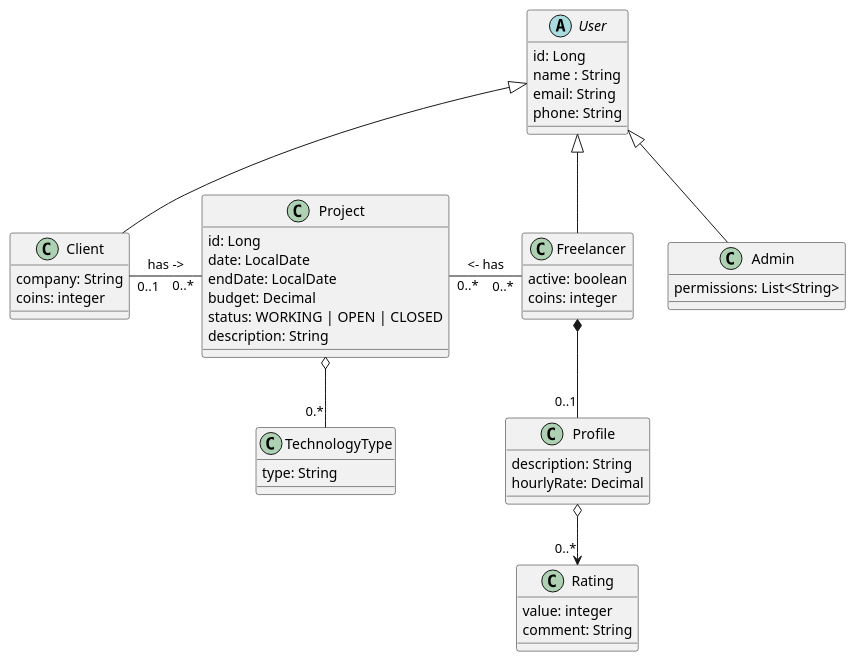
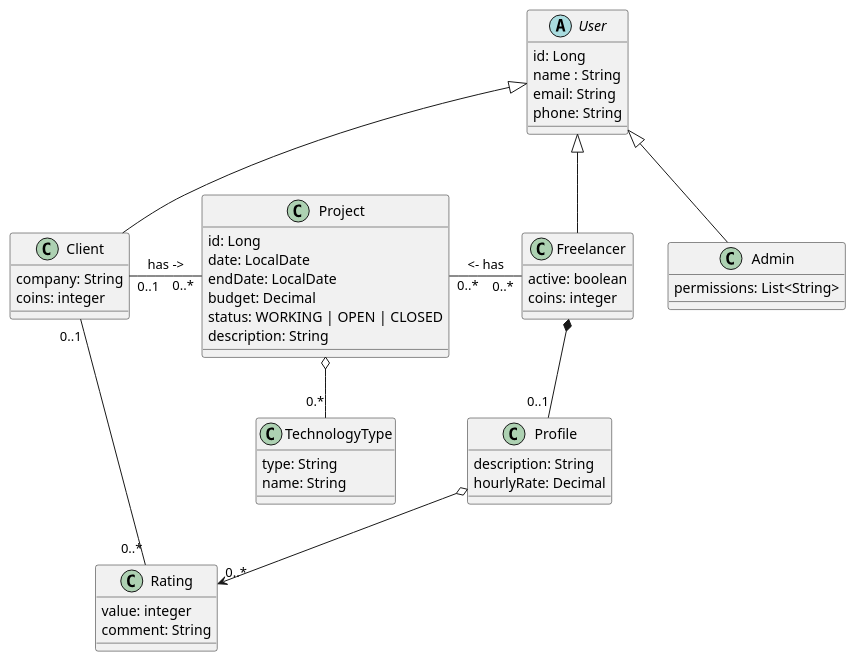
The diagram in docs/modeloconceitual.puml (Pesagniya/privatevoid), drawn with PlantUML before and after one commit.

```diff
--- a/docs/modeloconceitual.puml
+++ b/docs/modeloconceitual.puml
@@ -1,58 +1,60 @@
 @startuml
 abstract class User {
     id: Long
     name : String
     email: String
     phone: String
 }   
 
 class Freelancer {
     active: boolean 
     coins: integer
 }
 
 class Client {
      company: String
      coins: integer
 }
 
 
 class TechnologyType {
     type: String
+    name: String
 }
 
 
 class Project {
     id: Long
     date: LocalDate
     endDate: LocalDate
     budget: Decimal
     status: WORKING | OPEN | CLOSED
     description: String
 
 }
 
 class Profile {
     description: String
     hourlyRate: Decimal
 }
 
 class Rating {
     value: integer
     comment: String
 }
 
 
 class Admin {
     permissions: List<String>
 }
 
 User              <|--             Client
 User              <|--             Freelancer
 User              <|--             Admin
 Project      o--  "0.*"   TechnologyType
 Project "0..*"   -l-     "0..1"  Client            : has ->
 Project "0..*"   -r-     "0..*"  Freelancer      : <- has
 Freelancer *-- "0..1" Profile
 Profile o--> "0..*" Rating
+Client "0..1" -r- "0..*" Rating
 @enduml
```
